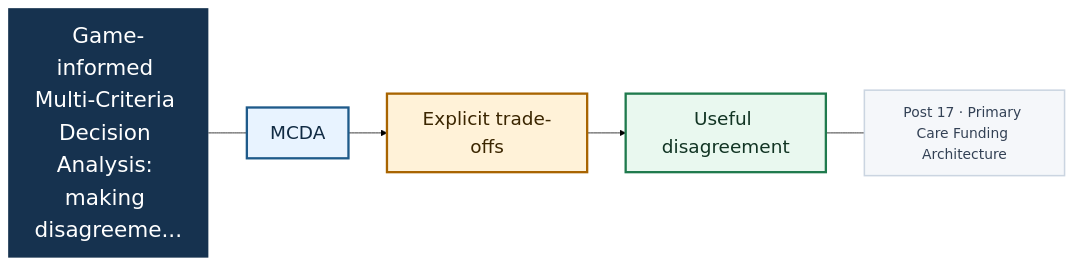
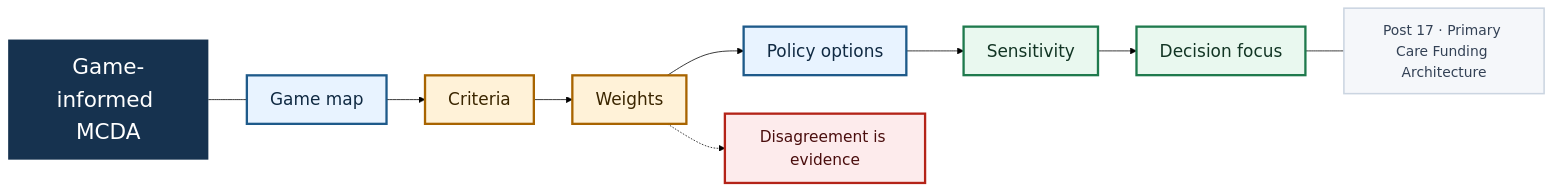
The diagram in docs/substack-ready/mermaid-preview-v1.7.2/pcf-v172-17-preview.mmd (edithatogo/gtpcnz), drawn with Mermaid (forest theme) before and after one commit. The commit also changed 31 other files, not shown here.

```diff
--- a/docs/substack-ready/mermaid-preview-v1.7.2/pcf-v172-17-preview.mmd
+++ b/docs/substack-ready/mermaid-preview-v1.7.2/pcf-v172-17-preview.mmd
@@ -1,12 +1,15 @@
 flowchart LR
   classDef title fill:#16324F,stroke:#16324F,stroke-width:0px,color:#FFFFFF,font-size:28px;
-  classDef step1 fill:#E8F3FF,stroke:#1E5A8A,stroke-width:3px,color:#102A43,font-size:24px;
-  classDef step2 fill:#FFF2D8,stroke:#A86400,stroke-width:3px,color:#3B2600,font-size:24px;
-  classDef step3 fill:#E9F8EF,stroke:#1F7A4D,stroke-width:3px,color:#123524,font-size:24px;
+  classDef setup fill:#E8F3FF,stroke:#1E5A8A,stroke-width:3px,color:#102A43,font-size:22px;
+  classDef judgement fill:#FFF2D8,stroke:#A86400,stroke-width:3px,color:#3B2600,font-size:22px;
+  classDef decision fill:#E9F8EF,stroke:#1F7A4D,stroke-width:3px,color:#123524,font-size:22px;
+  classDef warning fill:#FDEBEC,stroke:#B42318,stroke-width:3px,color:#4A0D0D,font-size:20px;
   classDef footer fill:#F5F7FA,stroke:#CBD5E1,stroke-width:2px,color:#334155,font-size:18px;
 
-  T["Game-informed Multi-Criteria Decision Analysis: making disagreeme..."]:::title
-  A["MCDA"]:::step1 --> B["Explicit trade-offs"]:::step2 --> C["Useful disagreement"]:::step3
-  F["Post 17 · Primary Care Funding Architecture"]:::footer
+  T["Game-informed MCDA"]:::title
+  A["Game map"]:::setup --> B["Criteria"]:::judgement --> C["Weights"]:::judgement
+  C --> D["Policy options"]:::setup --> E["Sensitivity"]:::decision --> F["Decision focus"]:::decision
+  C -.-> G["Disagreement is evidence"]:::warning
+  H["Post 17 · Primary Care Funding Architecture"]:::footer
   T --- A
-  C --- F
+  F --- H
```
